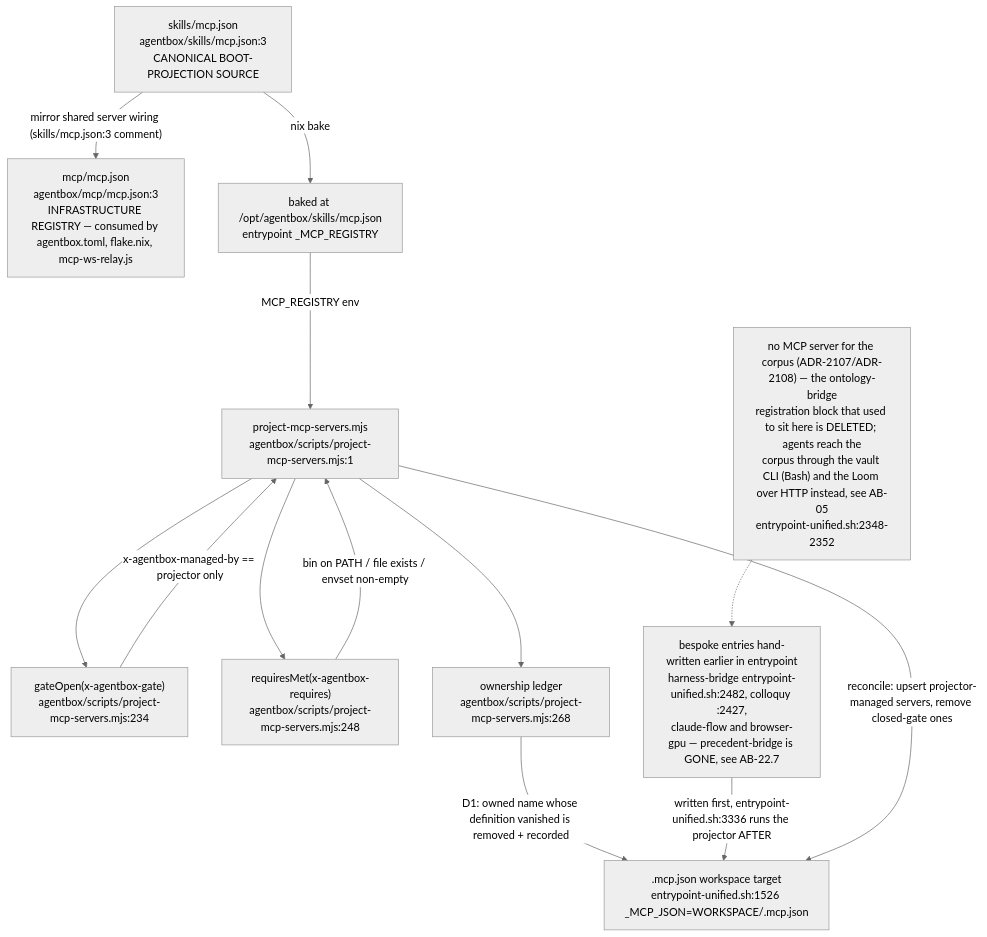
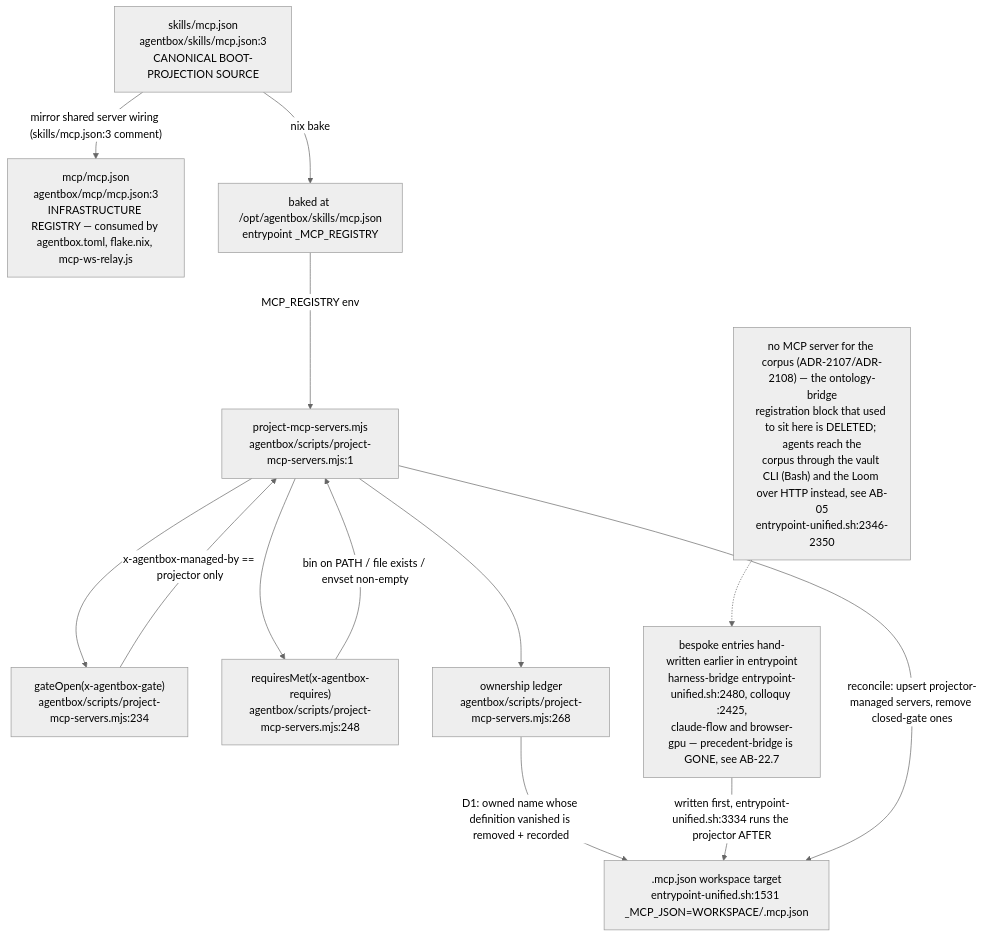
The ninth of 12 diagrams in docs/diagrams/agentbox/22-skills-and-routing.md (DreamLab-AI/VisionFlow), drawn with Mermaid (neutral theme) before and after one commit. The commit also changed other lines of this file and 36 other files, not shown here.

First line of the commit message:
docs(diagrams): re-derive and re-stamp agentbox, dream-engine, visioncraft, visiontouch and vowl topics; drop LAN addresses

````diff
--- a/docs/diagrams/agentbox/22-skills-and-routing.md
+++ b/docs/diagrams/agentbox/22-skills-and-routing.md
@@ -401,26 +402,26 @@
 ```mermaid
 flowchart TB
     REG["skills/mcp.json<br/>agentbox/skills/mcp.json:3<br/>CANONICAL BOOT-PROJECTION SOURCE"]
     MIRROR["mcp/mcp.json<br/>agentbox/mcp/mcp.json:3<br/>INFRASTRUCTURE REGISTRY — consumed by agentbox.toml, flake.nix, mcp-ws-relay.js"]
     BAKE["baked at /opt/agentbox/skills/mcp.json<br/>entrypoint _MCP_REGISTRY"]
     PROJ["project-mcp-servers.mjs<br/>agentbox/scripts/project-mcp-servers.mjs:1"]
     GATE["gateOpen(x-agentbox-gate)<br/>agentbox/scripts/project-mcp-servers.mjs:234"]
     REQ["requiresMet(x-agentbox-requires)<br/>agentbox/scripts/project-mcp-servers.mjs:248"]
     LEDGER["ownership ledger<br/>agentbox/scripts/project-mcp-servers.mjs:268"]
-    WS[".mcp.json workspace target<br/>entrypoint-unified.sh:1526 _MCP_JSON=WORKSPACE/.mcp.json"]
-    NOONT["no MCP server for the corpus (ADR-2107/ADR-2108) — the ontology-bridge<br/>registration block that used to sit here is DELETED; agents reach the<br/>corpus through the vault CLI (Bash) and the Loom over HTTP instead, see AB-05<br/>entrypoint-unified.sh:2348-2352"]
-    BESPOKE["bespoke entries hand-written earlier in entrypoint<br/>harness-bridge entrypoint-unified.sh:2482, colloquy :2427,<br/>claude-flow and browser-gpu — precedent-bridge is GONE, see AB-22.7"]
+    WS[".mcp.json workspace target<br/>entrypoint-unified.sh:1531 _MCP_JSON=WORKSPACE/.mcp.json"]
+    NOONT["no MCP server for the corpus (ADR-2107/ADR-2108) — the ontology-bridge<br/>registration block that used to sit here is DELETED; agents reach the<br/>corpus through the vault CLI (Bash) and the Loom over HTTP instead, see AB-05<br/>entrypoint-unified.sh:2346-2350"]
+    BESPOKE["bespoke entries hand-written earlier in entrypoint<br/>harness-bridge entrypoint-unified.sh:2480, colloquy :2425,<br/>claude-flow and browser-gpu — precedent-bridge is GONE, see AB-22.7"]
 
     REG -- "mirror shared server wiring (skills/mcp.json:3 comment)" --> MIRROR
     REG -- "nix bake" --> BAKE
     BAKE -- "MCP_REGISTRY env" --> PROJ
     PROJ --> GATE
     PROJ --> REQ
     GATE -- "x-agentbox-managed-by == projector only" --> PROJ
     REQ -- "bin on PATH / file exists / envset non-empty" --> PROJ
     PROJ --> LEDGER
     LEDGER -- "D1: owned name whose definition vanished is removed + recorded" --> WS
     NOONT -.-> BESPOKE
-    BESPOKE -- "written first, entrypoint-unified.sh:3336 runs the projector AFTER" --> WS
+    BESPOKE -- "written first, entrypoint-unified.sh:3334 runs the projector AFTER" --> WS
     PROJ -- "reconcile: upsert projector-managed servers, remove closed-gate ones" --> WS
 ```
````
